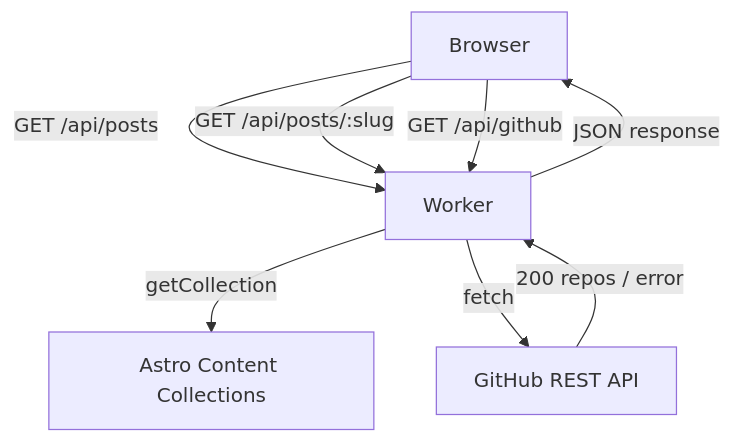
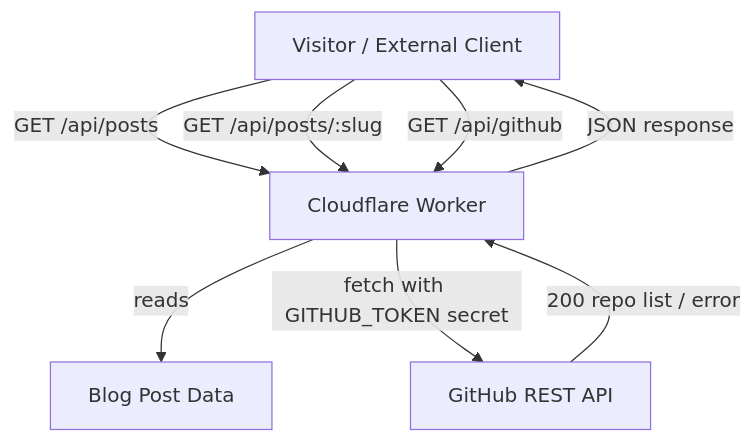
Before and after one commit to ashfaq8121/portfolio: the first of 3 diagrams in hld.md, drawn with Mermaid. The commit also changed other lines of this file and 3 other files, not shown here.

Commit message:
docs: finalize HLD, ARCHITECTURE, DECISIONS for extension 2

````diff
--- a/hld.md
+++ b/hld.md
@@ -14,10 +20,12 @@
 ```mermaid
 graph TD
-  Browser -->|GET /api/posts| Worker
-  Browser -->|GET /api/posts/:slug| Worker
-  Browser -->|GET /api/github| Worker
-  Worker -->|getCollection| AstroContent[Astro Content Collections]
-  Worker -->|fetch| GitHubAPI[GitHub REST API]
-  GitHubAPI -->|200 repos / error| Worker
-  Worker -->|JSON response| Browser
+    Visitor[Visitor / External Client] -->|GET /api/posts| Worker[Cloudflare Worker]
+    Visitor -->|GET /api/posts/:slug| Worker
+    Visitor -->|GET /api/github| Worker
+
+    Worker -->|reads| PostsData[Blog Post Data]
+    Worker -->|fetch with GITHUB_TOKEN secret| GitHubAPI[GitHub REST API]
+
+    GitHubAPI -->|200 repo list / error| Worker
+    Worker -->|JSON response| Visitor
 ```
````
